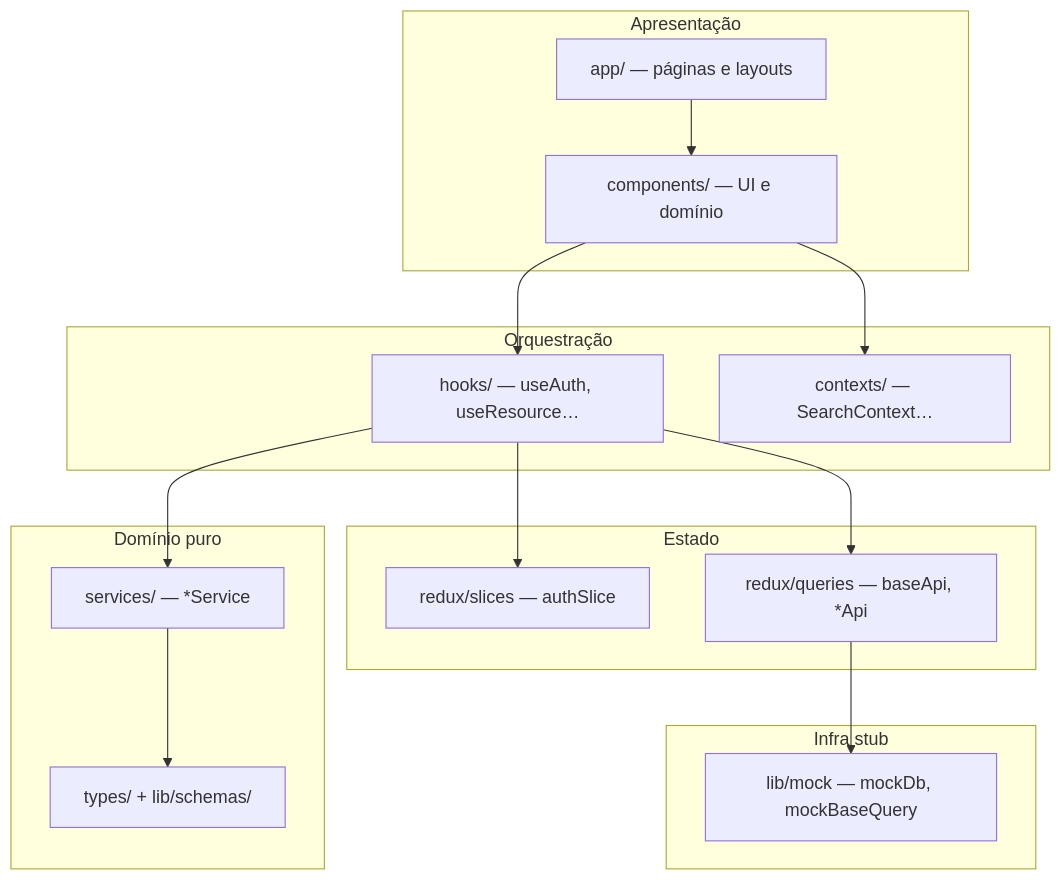
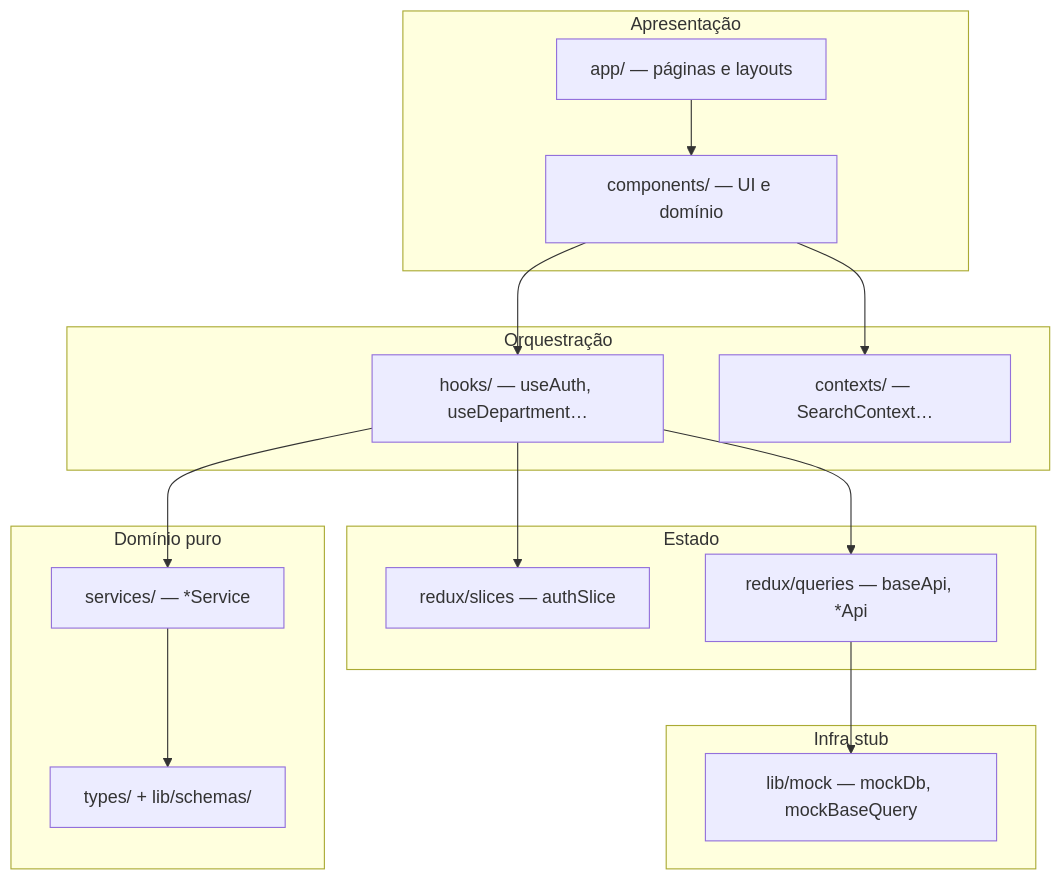
Before and after one commit to matheusfer0902/batente-frontend: the first of 2 diagrams in docs/architecture.md, drawn with Mermaid. The commit also changed other lines of this file and 10 other files, not shown here.

````diff
--- a/docs/architecture.md
+++ b/docs/architecture.md
@@ -76,35 +76,35 @@
 ```mermaid
 flowchart TB
     subgraph presentation [Apresentação]
         AppRouter["app/ — páginas e layouts"]
         Components["components/ — UI e domínio"]
     end
 
     subgraph orchestration [Orquestração]
-        Hooks["hooks/ — useAuth, useResource…"]
+        Hooks["hooks/ — useAuth, useDepartment…"]
         Contexts["contexts/ — SearchContext…"]
     end
 
     subgraph state [Estado]
         Slices["redux/slices — authSlice"]
         RTK["redux/queries — baseApi, *Api"]
     end
 
     subgraph domain [Domínio puro]
         Services["services/ — *Service"]
         Types["types/ + lib/schemas/"]
     end
 
     subgraph infra [Infra stub]
         Mock["lib/mock — mockDb, mockBaseQuery"]
     end
 
     AppRouter --> Components
     Components --> Hooks
     Components --> Contexts
     Hooks --> RTK
     Hooks --> Slices
     Hooks --> Services
     RTK --> Mock
     Services --> Types
 ```
````
